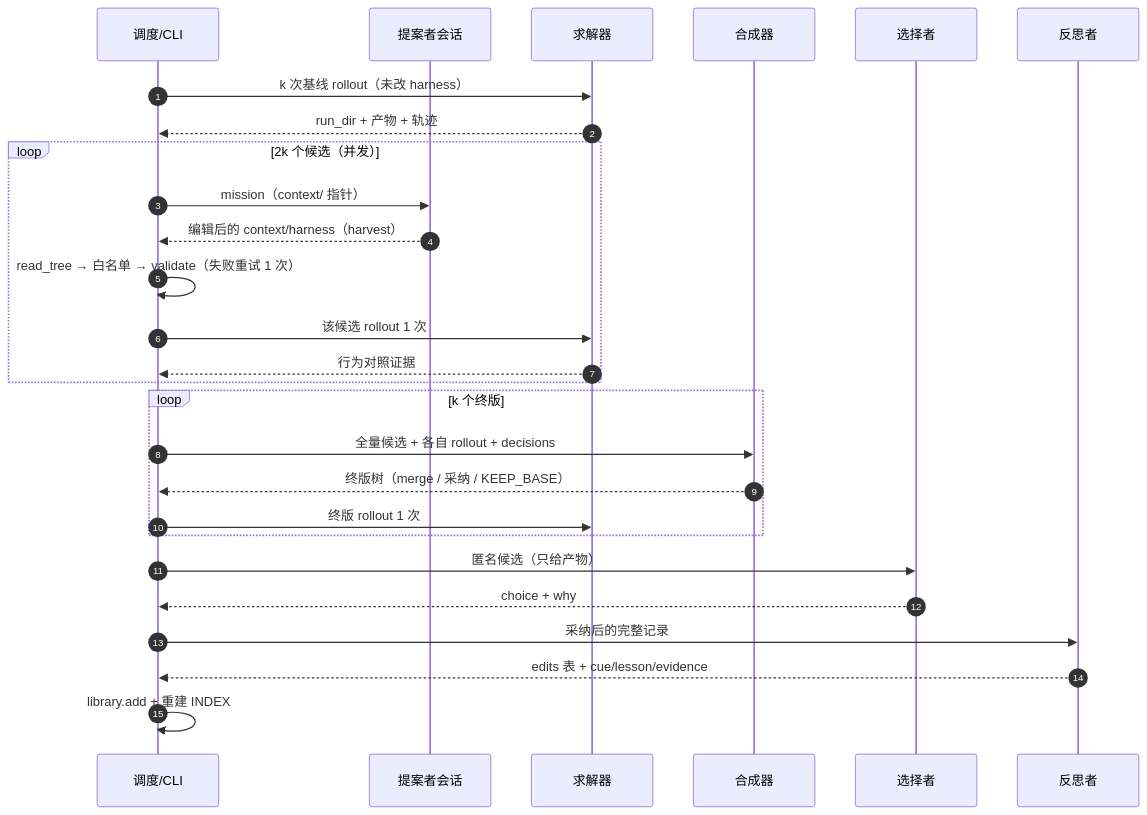
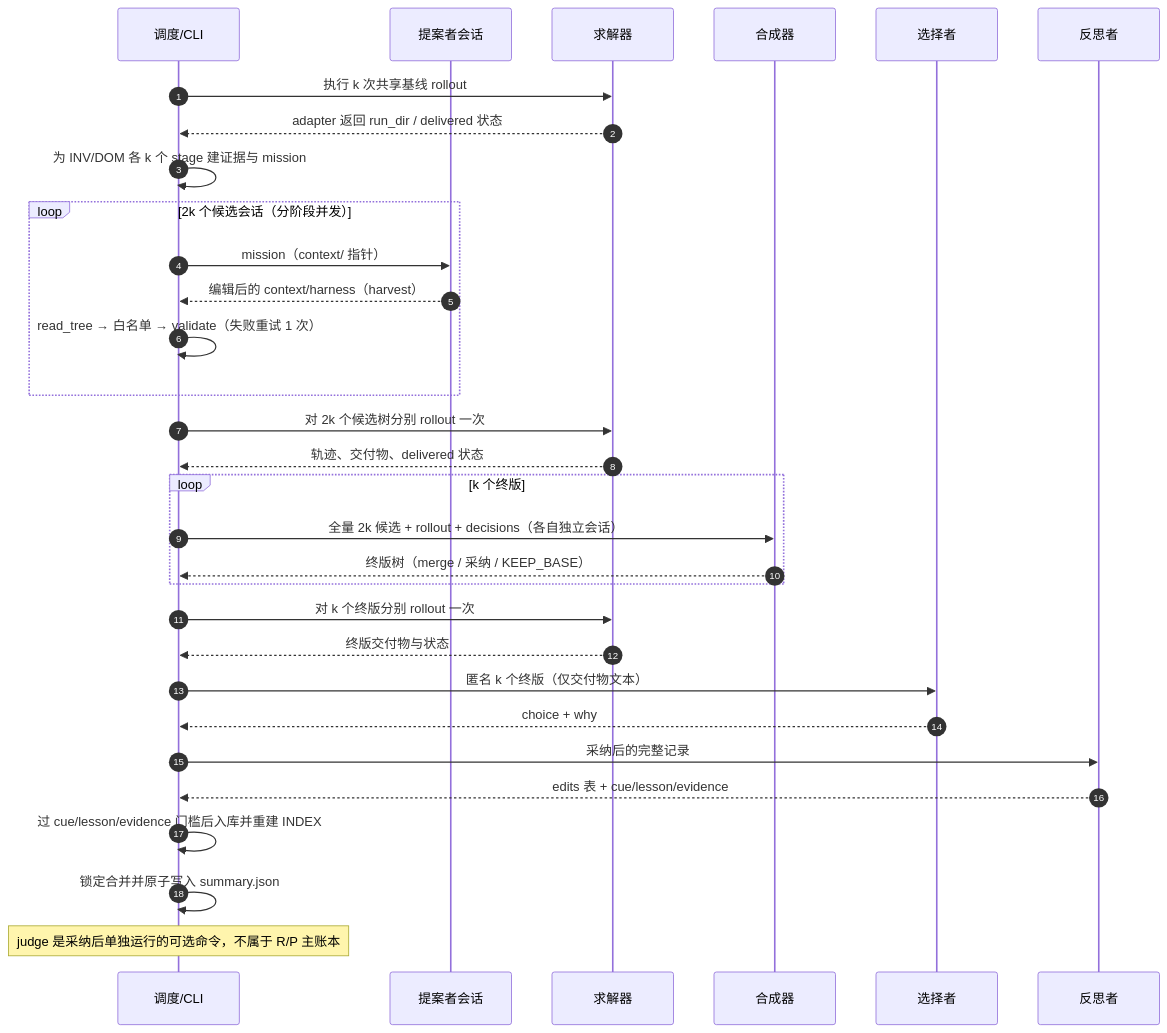
One commit to malizhi2202-dev/harness2 changed the fourth of 5 diagrams in docs/product-design/PROJECT-DOC.md. Above: the diagram before and after it, drawn with Mermaid. The commit also changed other lines of this file and 13 other files, not shown here.

````diff
--- a/docs/product-design/PROJECT-DOC.md
+++ b/docs/product-design/PROJECT-DOC.md
@@ -143,30 +183,34 @@
 ```mermaid
 sequenceDiagram
   autonumber
   participant S as 调度/CLI
   participant P as 提案者会话
   participant X as 求解器
   participant C as 合成器
   participant V as 选择者
   participant R as 反思者
 
-  S->>X: k 次基线 rollout（未改 harness）
-  X-->>S: run_dir + 产物 + 轨迹
-  loop 2k 个候选（并发）
+  S->>X: 执行 k 次共享基线 rollout
+  X-->>S: adapter 返回 run_dir / delivered 状态
+  S->>S: 为 INV/DOM 各 k 个 stage 建证据与 mission
+  loop 2k 个候选会话（分阶段并发）
     S->>P: mission（context/ 指针）
     P-->>S: 编辑后的 context/harness（harvest）
     S->>S: read_tree → 白名单 → validate（失败重试 1 次）
-    S->>X: 该候选 rollout 1 次
-    X-->>S: 行为对照证据
   end
+  S->>X: 对 2k 个候选树分别 rollout 一次
+  X-->>S: 轨迹、交付物、delivered 状态
   loop k 个终版
-    S->>C: 全量候选 + 各自 rollout + decisions
+    S->>C: 全量 2k 候选 + rollout + decisions（各自独立会话）
     C-->>S: 终版树（merge / 采纳 / KEEP_BASE）
-    S->>X: 终版 rollout 1 次
   end
-  S->>V: 匿名候选（只给产物）
+  S->>X: 对 k 个终版分别 rollout 一次
+  X-->>S: 终版交付物与状态
+  S->>V: 匿名 k 个终版（仅交付物文本）
   V-->>S: choice + why
   S->>R: 采纳后的完整记录
   R-->>S: edits 表 + cue/lesson/evidence
-  S->>S: library.add + 重建 INDEX
+  S->>S: 过 cue/lesson/evidence 门槛后入库并重建 INDEX
+  S->>S: 锁定合并并原子写入 summary.json
+  Note over S: judge 是采纳后单独运行的可选命令，不属于 R/P 主账本
 ```
````
